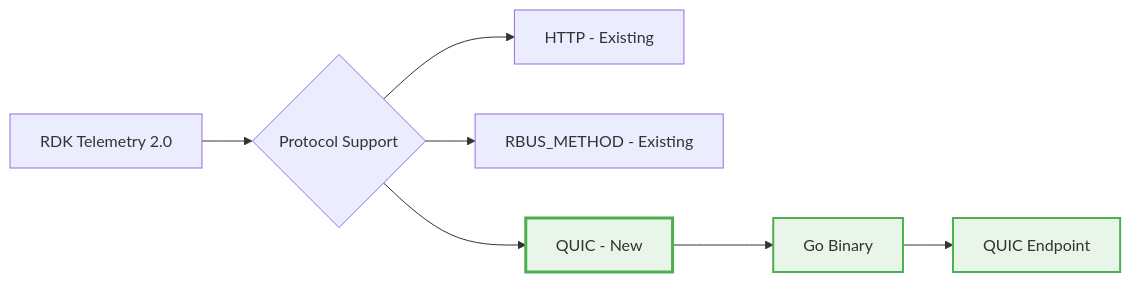
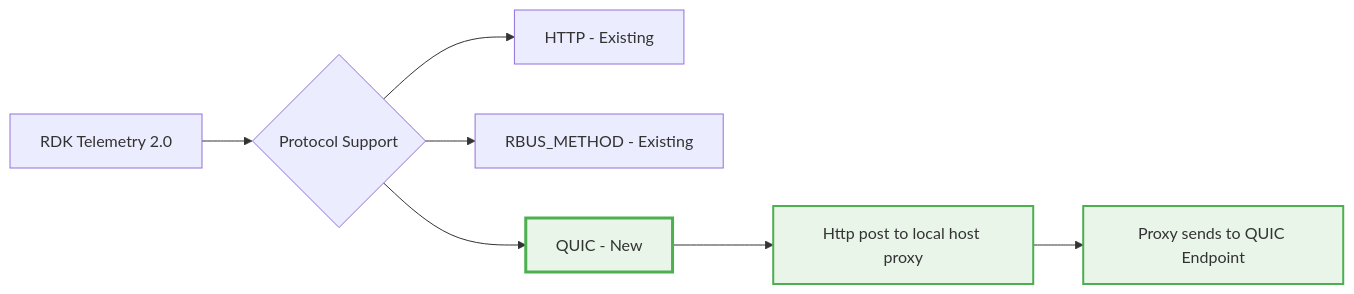
The first of 9 diagrams in docs/quic-protocol-expansion-hld.md (rdkcentral/telemetry), drawn with Mermaid before and after one commit. The commit also changed other lines of this file, not shown here.

````diff
--- a/docs/quic-protocol-expansion-hld.md
+++ b/docs/quic-protocol-expansion-hld.md
@@ -15,14 +15,14 @@
 ```mermaid
 graph LR
     A[RDK Telemetry 2.0] --> B{Protocol Support}
     B --> C[HTTP - Existing]
     B --> D[RBUS_METHOD - Existing]
     B --> E[QUIC - New]
     
-    E --> F[Go Binary]
-    F --> G[QUIC Endpoint]
+    E --> F[Http post to local host proxy]
+    F --> G[Proxy sends to QUIC Endpoint]
     
     style E fill:#e8f5e8,stroke:#4caf50,stroke-width:3px
     style F fill:#e8f5e8,stroke:#4caf50,stroke-width:2px
     style G fill:#e8f5e8,stroke:#4caf50,stroke-width:2px
 ```
````
